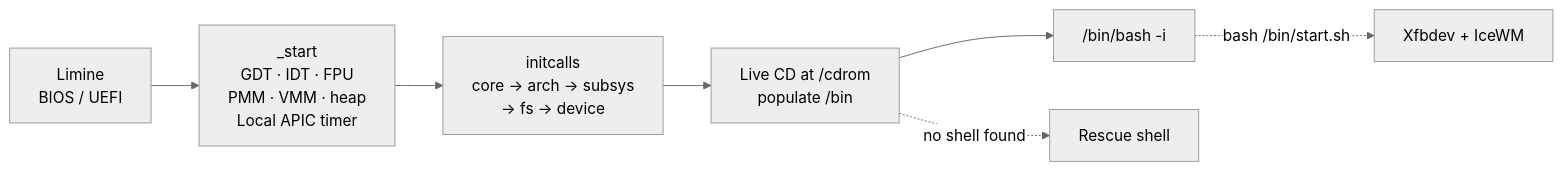
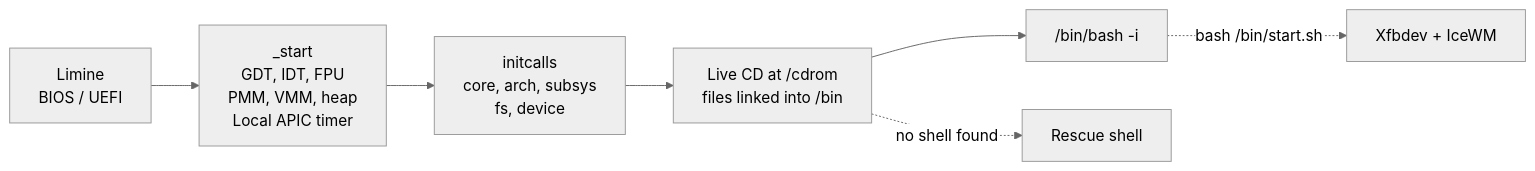
One commit to Equinox-Collective/EquantOS changed the second of 2 diagrams in README.md. Above: the diagram before and after it, drawn with Mermaid (neutral theme). The commit also changed other lines of this file and 3 other files, not shown here.

````diff
--- a/README.md
+++ b/README.md
@@ -215,9 +117,9 @@
 ```mermaid
 flowchart LR
-    A["Limine<br/>BIOS / UEFI"] --> B["_start<br/>GDT · IDT · FPU<br/>PMM · VMM · heap<br/>Local APIC timer"]
-    B --> E["initcalls<br/>core → arch → subsys<br/>→ fs → device"]
-    E --> F["Live CD at /cdrom<br/>populate /bin"]
+    A["Limine<br/>BIOS / UEFI"] --> B["_start<br/>GDT, IDT, FPU<br/>PMM, VMM, heap<br/>Local APIC timer"]
+    B --> E["initcalls<br/>core, arch, subsys<br/>fs, device"]
+    E --> F["Live CD at /cdrom<br/>files linked into /bin"]
     F --> G["/bin/bash -i"]
     G -.->|"bash /bin/start.sh"| H["Xfbdev + IceWM"]
     F -.->|"no shell found"| R["Rescue shell"]
 ```
````
